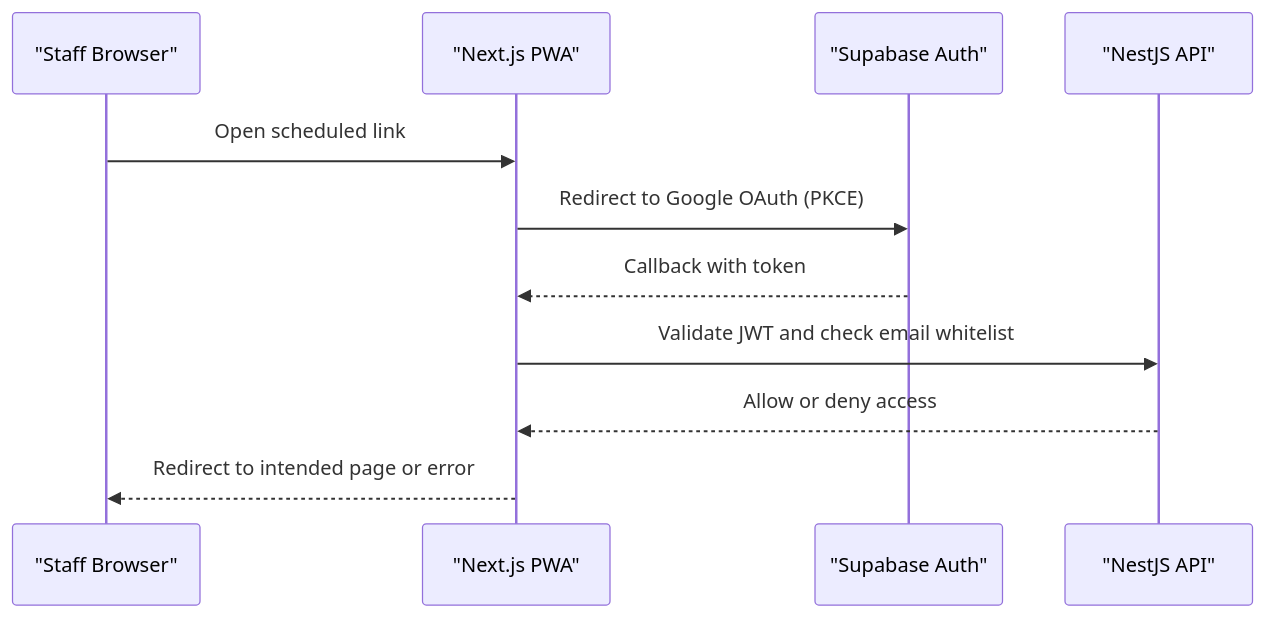
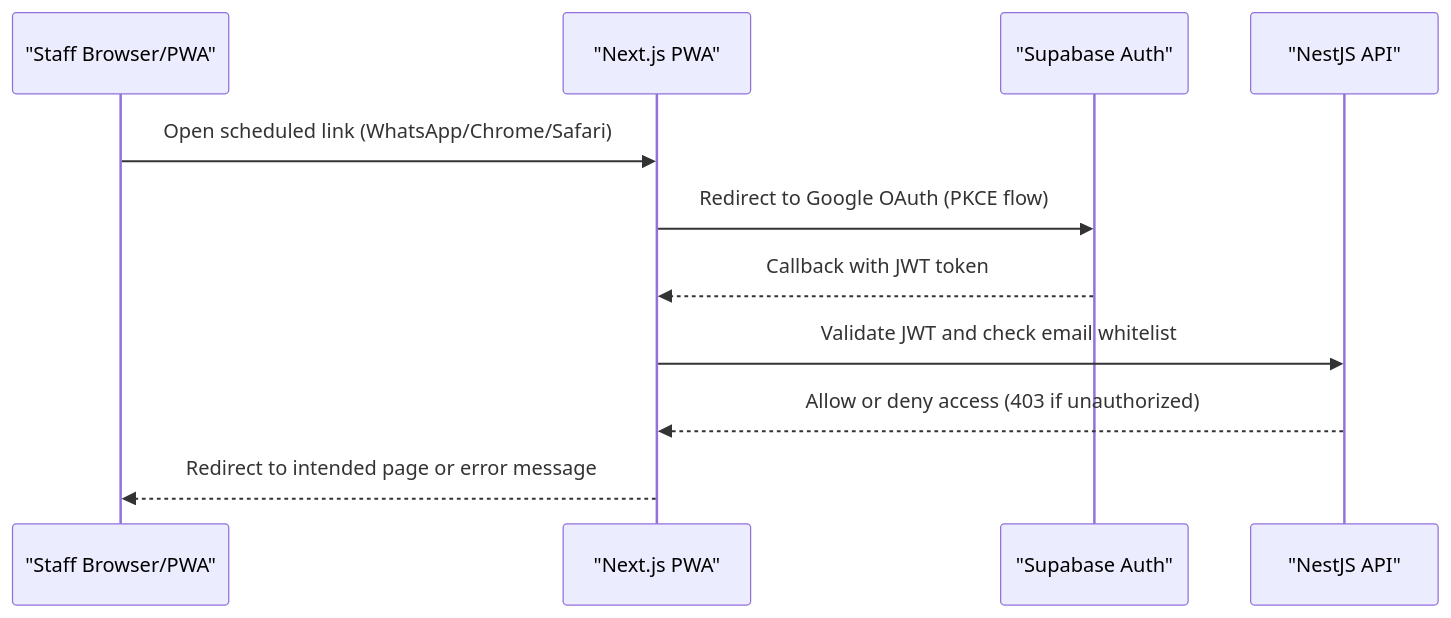
Before and after one commit to epo33m/scheduling: the third of 10 diagrams in .qoder/repowiki/en/content/Product Requirements Document/Product Requirements Document.md, drawn with Mermaid. The commit also changed other lines of this file and 28 other files, not shown here.

````diff
--- a/.qoder/repowiki/en/content/Product Requirements Document/Product Requirements Document.md
+++ b/.qoder/repowiki/en/content/Product Requirements Document/Product Requirements Document.md
@@ -111,13 +125,13 @@
 ```mermaid
 sequenceDiagram
-participant Staff as "Staff Browser"
+participant Staff as "Staff Browser/PWA"
 participant Web as "Next.js PWA"
 participant Auth as "Supabase Auth"
 participant API as "NestJS API"
-Staff->>Web : Open scheduled link
-Web->>Auth : Redirect to Google OAuth (PKCE)
-Auth-->>Web : Callback with token
+Staff->>Web : Open scheduled link (WhatsApp/Chrome/Safari)
+Web->>Auth : Redirect to Google OAuth (PKCE flow)
+Auth-->>Web : Callback with JWT token
 Web->>API : Validate JWT and check email whitelist
-API-->>Web : Allow or deny access
-Web-->>Staff : Redirect to intended page or error
+API-->>Web : Allow or deny access (403 if unauthorized)
+Web-->>Staff : Redirect to intended page or error message
 ```
````
